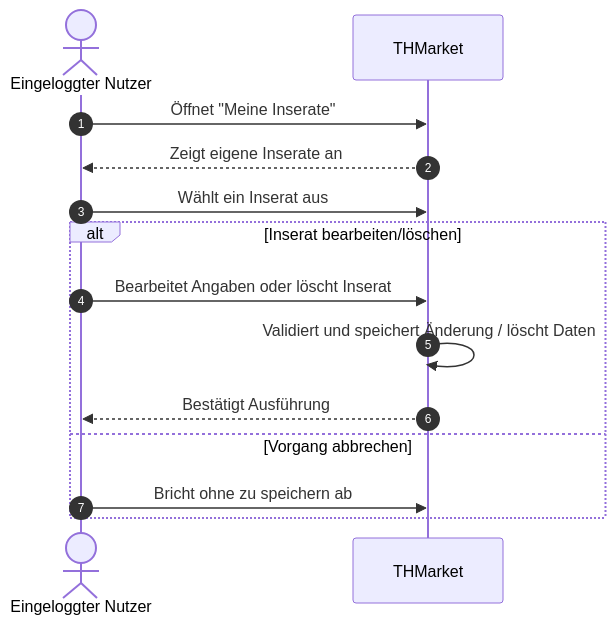
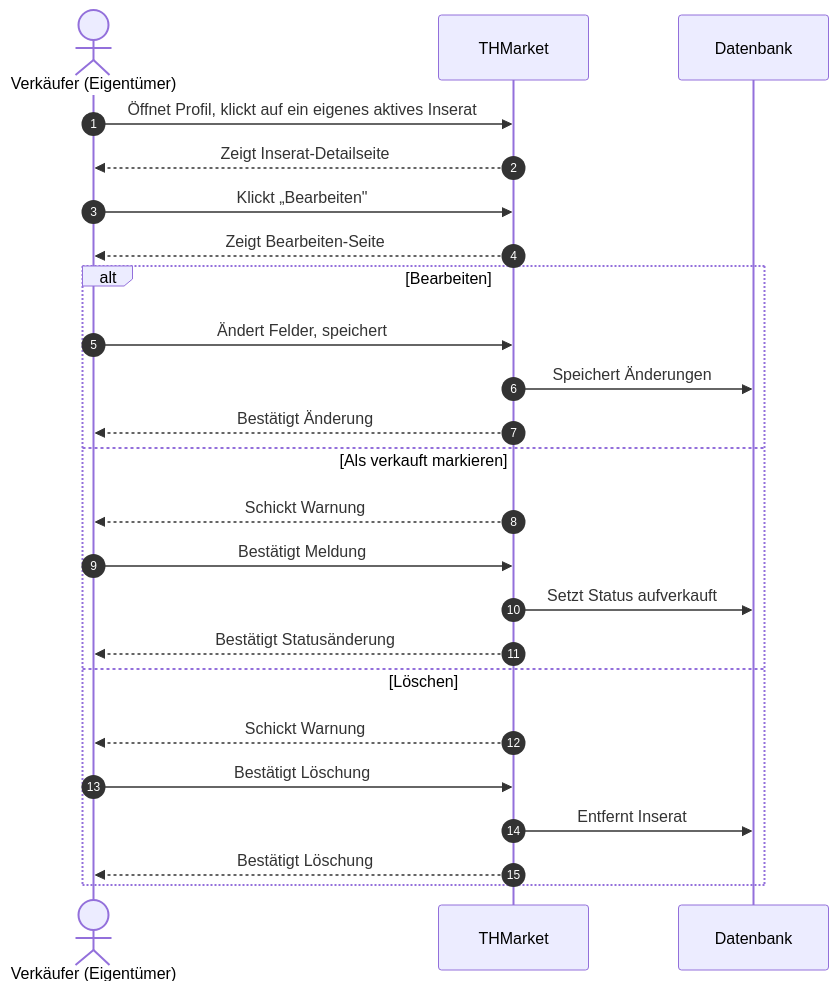
One commit to PatilYash0110/THMarket changed the diagram in docs/spec/diagrams-code/f2-uc09-inserate_verwalten.mermaid. Above: the diagram before and after it, drawn with Mermaid. The commit also changed 17 other files, not shown here.

Commit message:
Diagramme aktualisiert, UC13-16 und weitere Diagramme ergänzt

```diff
--- a/docs/spec/diagrams-code/f2-uc09-inserate_verwalten.mermaid
+++ b/docs/spec/diagrams-code/f2-uc09-inserate_verwalten.mermaid
@@ -1,16 +1,29 @@
 sequenceDiagram
     autonumber
-    actor Nutzer as Eingeloggter Nutzer
+    actor Verkaeufer as Verkäufer (Eigentümer)
     participant System as THMarket
-    
-    Nutzer->>System: Öffnet "Meine Inserate"
-    System-->>Nutzer: Zeigt eigene Inserate an
-    Nutzer->>System: Wählt ein Inserat aus
-    
-    alt Inserat bearbeiten/löschen
-        Nutzer->>System: Bearbeitet Angaben oder löscht Inserat
-        System->>System: Validiert und speichert Änderung / löscht Daten
-        System-->>Nutzer: Bestätigt Ausführung
-    else Vorgang abbrechen
-        Nutzer->>System: Bricht ohne zu speichern ab
+    participant DB as Datenbank
+
+    Verkaeufer->>System: Öffnet Profil, klickt auf ein eigenes aktives Inserat
+    System-->>Verkaeufer: Zeigt Inserat-Detailseite
+    Verkaeufer->>System: Klickt „Bearbeiten"
+    System-->>Verkaeufer: Zeigt Bearbeiten-Seite
+
+    alt Bearbeiten
+    Verkaeufer->>System: Ändert Felder, speichert
+    System->>DB: Speichert Änderungen
+    System-->>Verkaeufer: Bestätigt Änderung
+
+
+    else Als verkauft markieren
+        System-->>Verkaeufer: Schickt Warnung
+        Verkaeufer->>System: Bestätigt Meldung
+        System->>DB: Setzt Status aufverkauft
+        System-->>Verkaeufer: Bestätigt Statusänderung
+
+    else Löschen
+            System-->>Verkaeufer: Schickt Warnung
+            Verkaeufer->>System: Bestätigt Löschung
+            System->>DB: Entfernt Inserat
+            System-->>Verkaeufer: Bestätigt Löschung
     end
```
